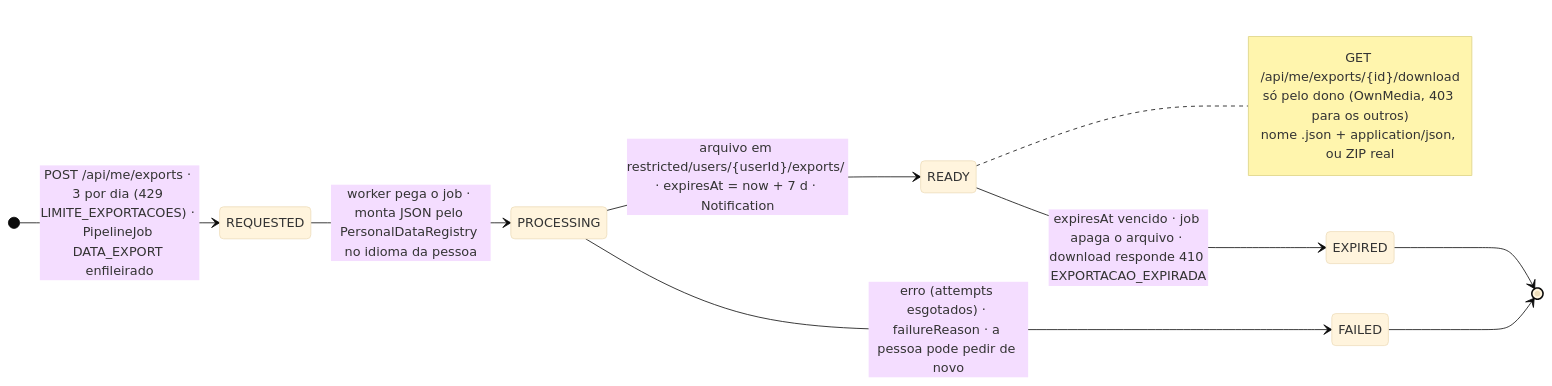
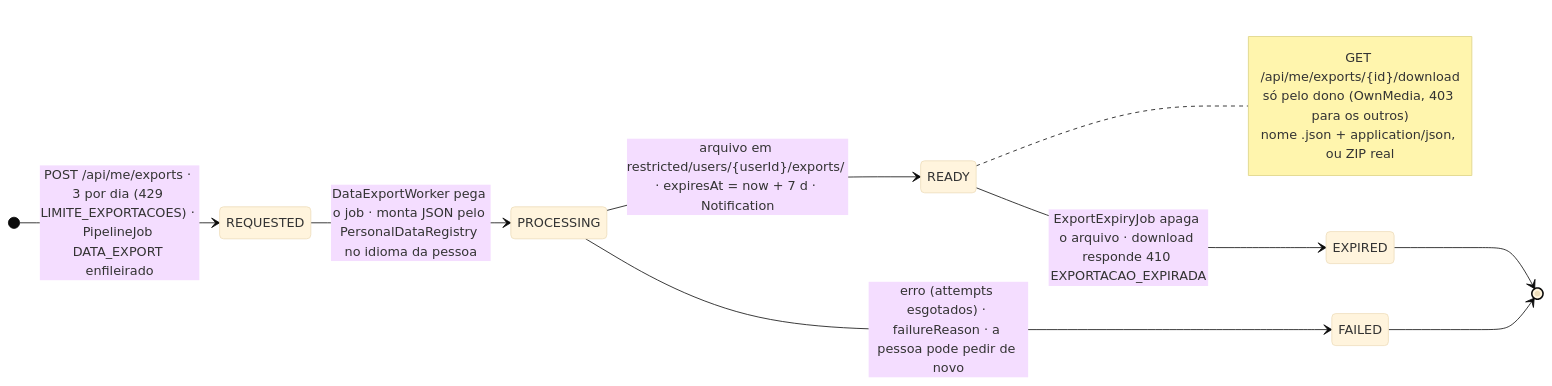
Before and after one commit to MatheusHaliski/Decia-app-2026: the sixth of 7 diagrams in docs/diagramas/RF3/README.md, drawn with Mermaid (base theme). The commit also changed other lines of this file and 5 other files, not shown here.

First line of the commit message:
docs(diagramas): reescreve RF1–RF5 (5 diagramas Mermaid + rastreabilidade) e cria _tools/checar.py

````diff
--- a/docs/diagramas/RF3/README.md
+++ b/docs/diagramas/RF3/README.md
@@ -537,23 +578,22 @@
 ```mermaid
 stateDiagram-v2
   direction LR
-  state "REQUESTED" as REQUESTED
-  state "PROCESSING" as PROCESSING
+  state "REQUESTED" as REQ
+  state "PROCESSING" as PROC
   state "READY" as READY
-  state "EXPIRED" as EXPIRED
-  state "FAILED" as FAILED
+  state "EXPIRED" as EXP
+  state "FAILED" as FAIL
 
-  [*] --> REQUESTED : POST /api/me/exports · 3 por dia (429 LIMITE_EXPORTACOES) · PipelineJob DATA_EXPORT enfileirado
-  REQUESTED --> PROCESSING : worker pega o job · monta JSON pelo PersonalDataRegistry no idioma da pessoa
-  PROCESSING --> READY : arquivo em restricted/users/{userId}/exports/ · expiresAt = now + 7 d · Notification
-  PROCESSING --> FAILED : erro (attempts esgotados) · failureReason · a pessoa pode pedir de novo
-  READY --> EXPIRED : expiresAt vencido · job apaga o arquivo · download responde 410 EXPORTACAO_EXPIRADA
-  EXPIRED --> [*]
-  FAILED --> [*]
-
+  [*] --> REQ : POST /api/me/exports · 3 por dia (429 LIMITE_EXPORTACOES) · PipelineJob DATA_EXPORT enfileirado
+  REQ --> PROC : DataExportWorker pega o job · monta JSON pelo PersonalDataRegistry no idioma da pessoa
+  PROC --> READY : arquivo em restricted/users/{userId}/exports/ · expiresAt = now + 7 d · Notification
+  PROC --> FAIL : erro (attempts esgotados) · failureReason · a pessoa pode pedir de novo
+  READY --> EXP : ExportExpiryJob apaga o arquivo · download responde 410 EXPORTACAO_EXPIRADA
+  EXP --> [*]
+  FAIL --> [*]
   note right of READY
     GET /api/me/exports/{id}/download
     só pelo dono (OwnMedia, 403 para os outros)
     nome .json + application/json, ou ZIP real
   end note
 ```
````
